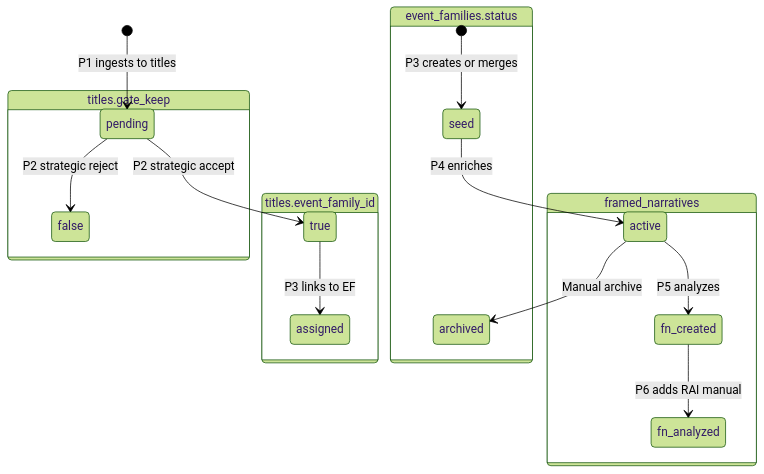
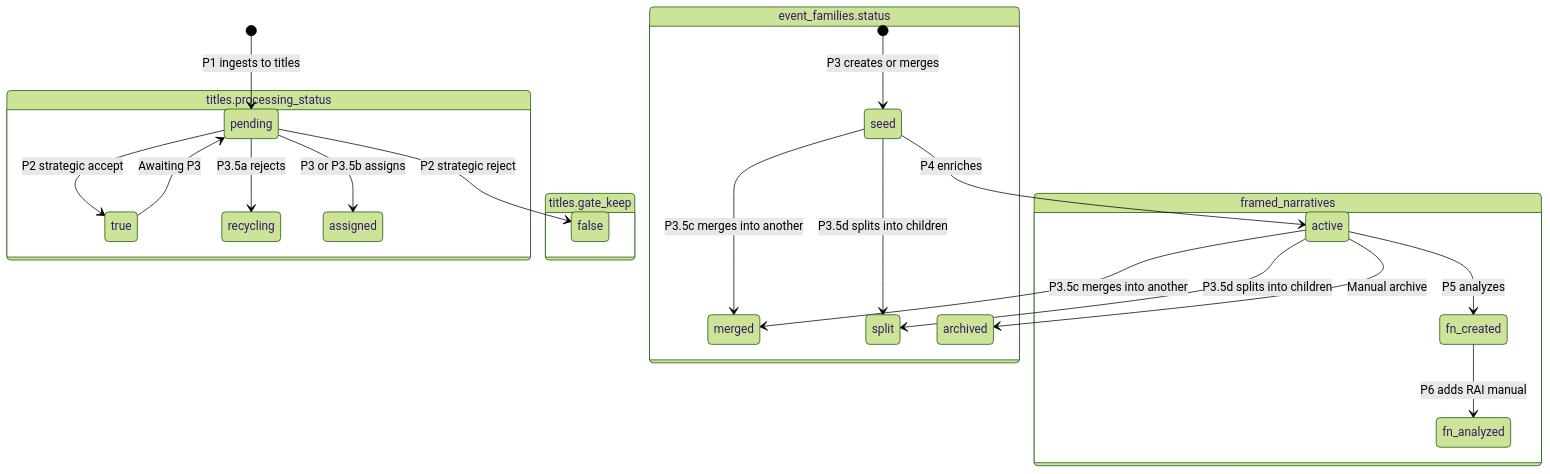
The fifth of 5 diagrams in docs/PIPELINE_DIAGRAM.md (design4music/sni-platform), drawn with Mermaid (forest theme) before and after one commit. The commit also changed other lines of this file and 5 other files, not shown here.

````diff
--- a/docs/PIPELINE_DIAGRAM.md
+++ b/docs/PIPELINE_DIAGRAM.md
@@ -279,24 +364,30 @@
 ```mermaid
 stateDiagram-v2
     [*] --> pending: P1 ingests to titles
 
     state "titles.gate_keep" as gate {
         pending --> true: P2 strategic accept
         pending --> false: P2 strategic reject
     }
 
-    state "titles.event_family_id" as ef_link {
-        true --> assigned: P3 links to EF
+    state "titles.processing_status" as proc {
+        true --> pending: Awaiting P3
+        pending --> recycling: P3.5a rejects
+        pending --> assigned: P3 or P3.5b assigns
     }
 
     state "event_families.status" as ef_status {
         [*] --> seed: P3 creates or merges
         seed --> active: P4 enriches
+        seed --> merged: P3.5c merges into another
+        seed --> split: P3.5d splits into children
+        active --> merged: P3.5c merges into another
+        active --> split: P3.5d splits into children
         active --> archived: Manual archive
     }
 
     state "framed_narratives" as fn {
         active --> fn_created: P5 analyzes
         fn_created --> fn_analyzed: P6 adds RAI manual
     }
 ```
````
